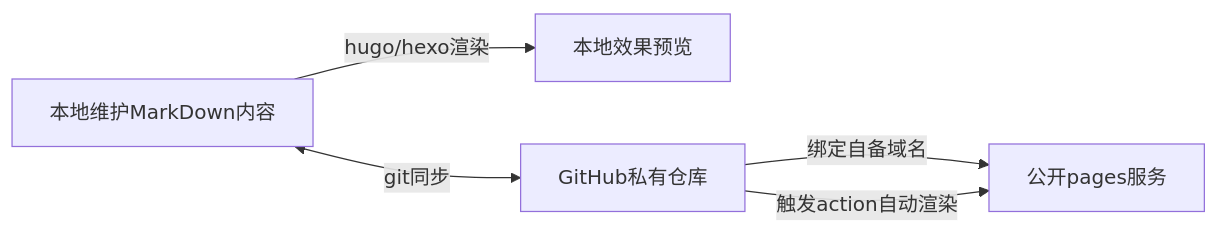
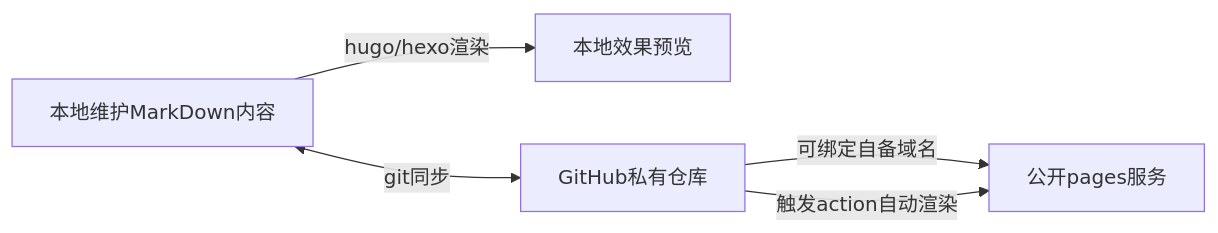
One commit to 828767/action-hexo changed the first of 4 diagrams in source/_posts/guide/how-to-build-site-2.md. Above: the diagram before and after it, drawn with Mermaid. The commit also changed other lines of this file and 1 other file, not shown here.

````diff
--- a/source/_posts/guide/how-to-build-site-2.md
+++ b/source/_posts/guide/how-to-build-site-2.md
@@ -14,6 +14,6 @@
 ```mermaid
  flowchart LR;
    本地维护MarkDown内容 -- hugo/hexo渲染 -->本地效果预览
-   GitHub私有仓库 -- 绑定自备域名 --> 公开pages服务
+   GitHub私有仓库 -- 可绑定自备域名 --> 公开pages服务
    本地维护MarkDown内容 <-- git同步 --> GitHub私有仓库 -- 触发action自动渲染 --> 公开pages服务
 ```
````
